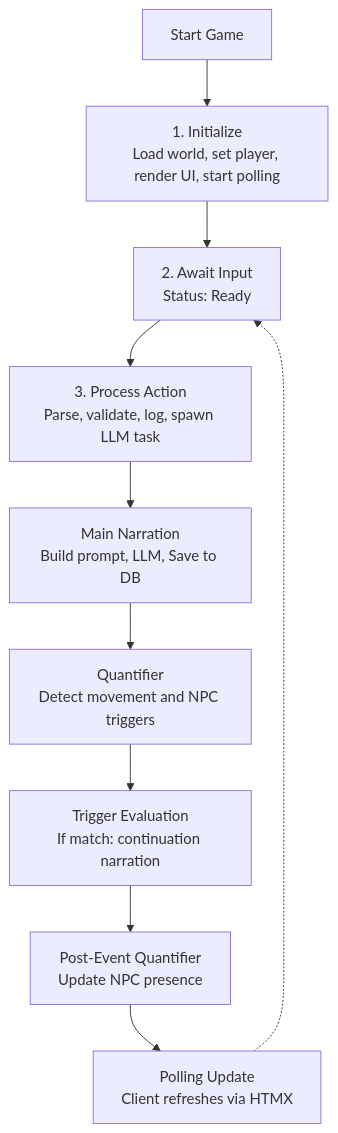
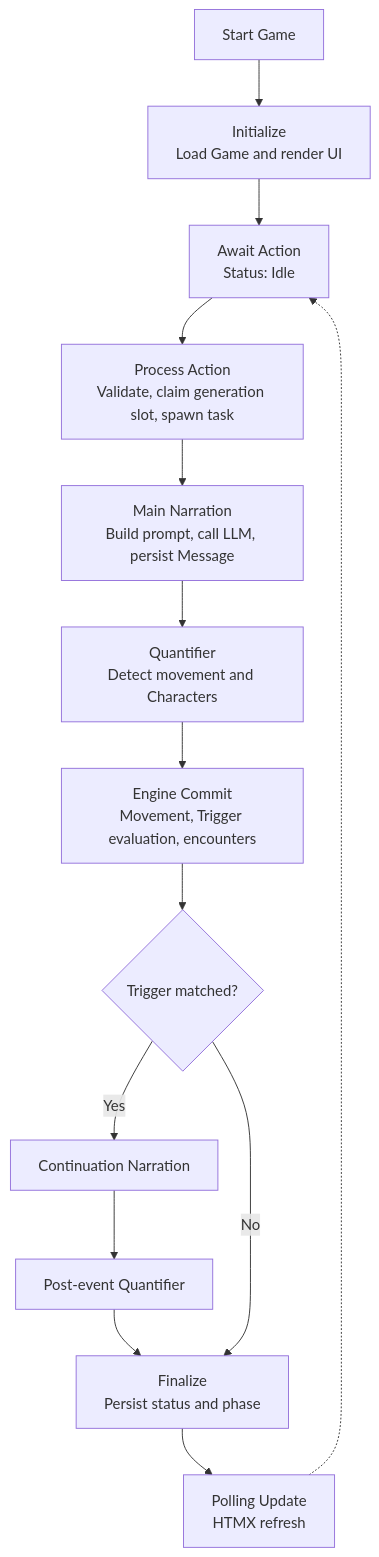
Before and after one commit to notsonormal/chronicler-engine: the first of 2 diagrams in chronicler_engine/docs-diataxis/reference/game_flow.md, drawn with Mermaid. The commit also changed other lines of this file and 38 other files, not shown here.

````diff
--- a/chronicler_engine/docs-diataxis/reference/game_flow.md
+++ b/chronicler_engine/docs-diataxis/reference/game_flow.md
@@ -14,16 +25,20 @@
 ```mermaid
 flowchart TD
     Start["Start Game"]
-    Init["1. Initialize\nLoad world, set player, render UI, start polling"]
-    Await["2. Await Input\nStatus: Ready"]
-    Process["3. Process Action\nParse, validate, log, spawn LLM task"]
-    Narrate["Main Narration\nBuild prompt, LLM, Save to DB"]
-    Quantify["Quantifier\nDetect movement and NPC triggers"]
-    TriggerEval["Trigger Evaluation\nIf match: continuation narration"]
-    Quantify2["Post-Event Quantifier\nUpdate NPC presence"]
-    Poll["Polling Update\nClient refreshes via HTMX"]
+    Init["Initialize\nLoad Game and render UI"]
+    Await["Await Action\nStatus: Idle"]
+    Process["Process Action\nValidate, claim generation slot, spawn task"]
+    Narrate["Main Narration\nBuild prompt, call LLM, persist Message"]
+    Quantify["Quantifier\nDetect movement and Characters"]
+    Commit["Engine Commit\nMovement, Trigger evaluation, encounters"]
+    Trigger{"Trigger matched?"}
+    Continue["Continuation Narration"]
+    Reconcile["Post-event Quantifier"]
+    Finalize["Finalize\nPersist status and phase"]
+    Poll["Polling Update\nHTMX refresh"]
 
-    Start --> Init --> Await --> Process --> Narrate --> Quantify --> TriggerEval
-    TriggerEval --> Quantify2 --> Poll
-    Poll -.-> Await
+    Start --> Init --> Await --> Process --> Narrate --> Quantify --> Commit --> Trigger
+    Trigger -->|Yes| Continue --> Reconcile --> Finalize
+    Trigger -->|No| Finalize
+    Finalize --> Poll -.-> Await
 ```
````
